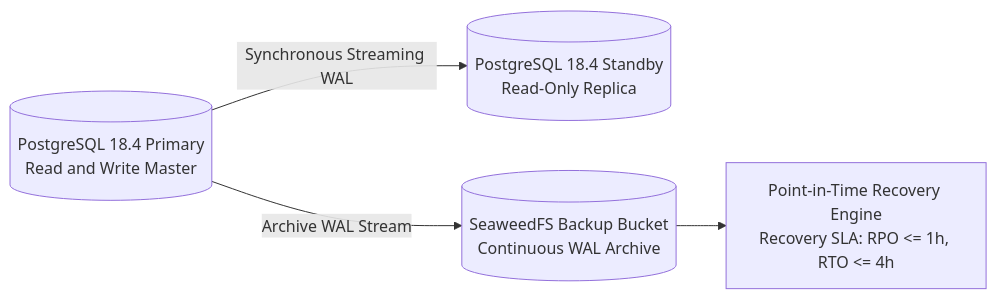
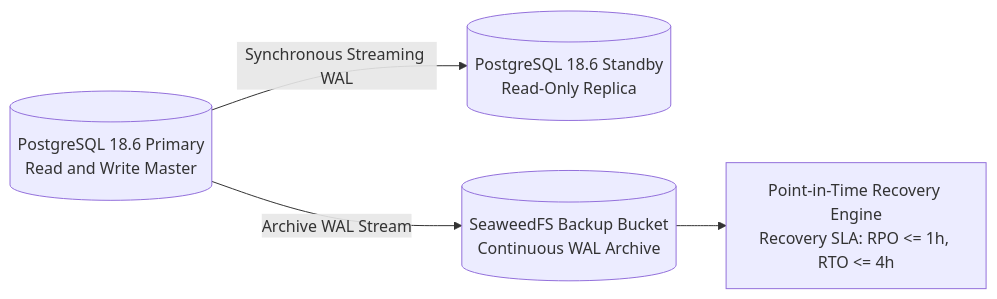
Before and after one commit to YDink/Heavy-Machinery-Logistics-Rental: the sixth of 6 diagrams in docs/shared/architecture/07-database-design.md, drawn with Mermaid. The commit also changed other lines of this file and 212 other files, not shown here.

````diff
--- a/docs/shared/architecture/07-database-design.md
+++ b/docs/shared/architecture/07-database-design.md
@@ -741,6 +741,6 @@
 ```mermaid
 flowchart LR
-    PrimaryPG[("PostgreSQL 18.4 Primary<br/>Read and Write Master")] -->|Synchronous Streaming WAL| StandbyPG[("PostgreSQL 18.4 Standby<br/>Read-Only Replica")]
+    PrimaryPG[("PostgreSQL 18.6 Primary<br/>Read and Write Master")] -->|Synchronous Streaming WAL| StandbyPG[("PostgreSQL 18.6 Standby<br/>Read-Only Replica")]
     PrimaryPG -->|Archive WAL Stream| IsolatedS3[("SeaweedFS Backup Bucket<br/>Continuous WAL Archive")]
     IsolatedS3 --> PITR["Point-in-Time Recovery Engine<br/>Recovery SLA: RPO <= 1h, RTO <= 4h"]
 ```
````
